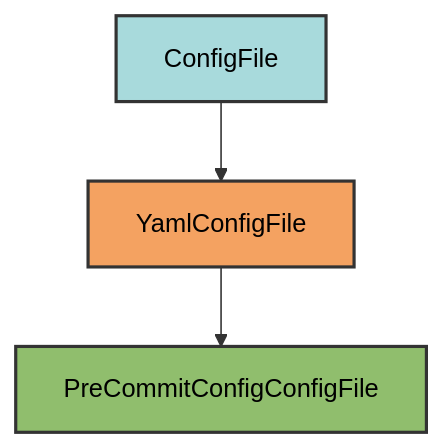
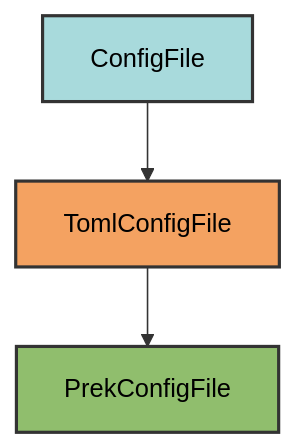
The diagram in docs/configs/pre_commit.md (Winipedia/pyrig), drawn with Mermaid before and after one commit. The commit also changed other lines of this file and 35 other files, not shown here.

Commit message:
replaced pre-commit with prek

````diff
--- a/docs/configs/pre_commit.md
+++ b/docs/configs/pre_commit.md
@@ -20,9 +20,9 @@
 ```mermaid
 graph TD
-    A[ConfigFile] --> B[YamlConfigFile]
-    B --> C[PreCommitConfigConfigFile]
+    A[ConfigFile] --> B[TomlConfigFile]
+    B --> C[PrekConfigFile]
 
     style A fill:#a8dadc,stroke:#333,stroke-width:2px,color:#000
     style B fill:#f4a261,stroke:#333,stroke-width:2px,color:#000
     style C fill:#90be6d,stroke:#333,stroke-width:2px,color:#000
 ```
````
